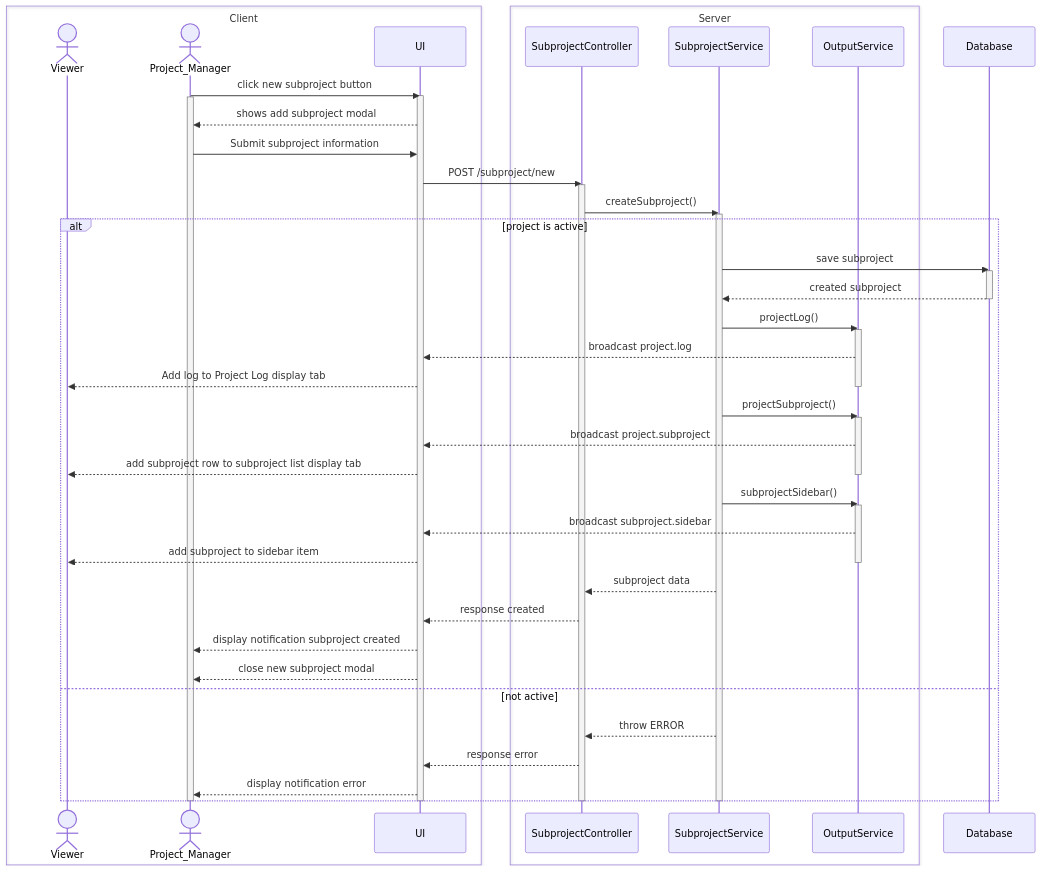
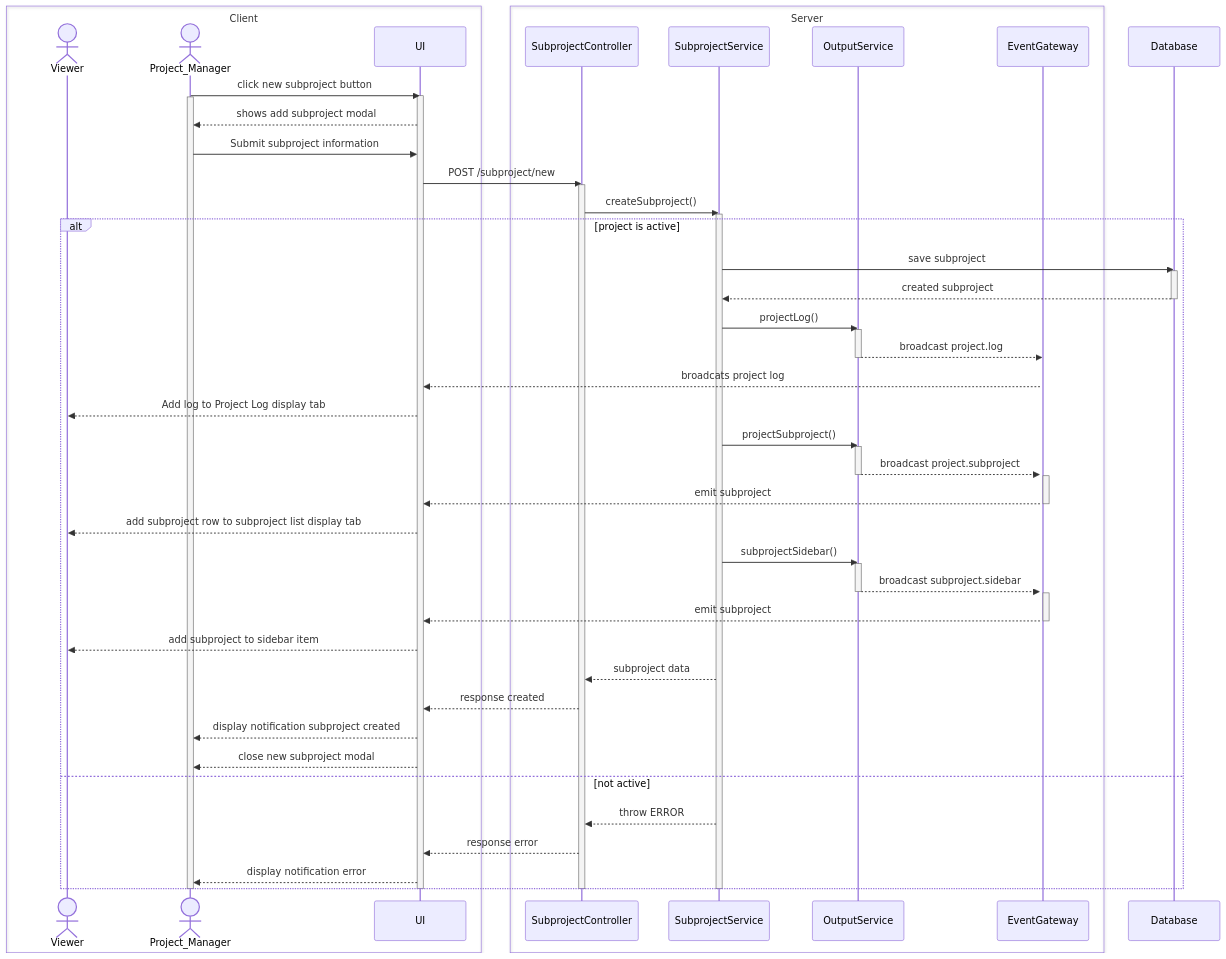
One commit to williamkmp/sectask-docs changed the diagram in sequence-diagram/create-subproject.md. Above: the diagram before and after it, drawn with Mermaid. The commit also changed 1 other file, not shown here.

Commit message:
fix: event gateway

```diff
--- a/sequence-diagram/create-subproject.md
+++ b/sequence-diagram/create-subproject.md
@@ -14,6 +14,7 @@
         participant SubprojectController
         participant SubprojectService
         participant OutputService
+        participant EventGateway
         end
 
         participant Database
@@ -40,21 +41,29 @@
 
                             SubprojectService->>OutputService: projectLog()
                             activate OutputService
-                            OutputService-->>UI: broadcast project.log
+                            OutputService-->>EventGateway: broadcast project.log
+                            activate EventGateway
+                            deactivate OutputService
+                            EventGateway-->>UI: broadcats project log
                             UI-->>Viewer: Add log to Project Log display tab
-                            deactivate OutputService
 
                             SubprojectService->>OutputService: projectSubproject()
                             activate OutputService
-                            OutputService-->>UI: broadcast project.subproject
+                            OutputService-->>EventGateway: broadcast project.subproject
+                            activate EventGateway
+                            deactivate OutputService
+                            EventGateway-->>UI: emit subproject
+                            deactivate EventGateway
                             UI-->>Viewer: add subproject row to subproject list display tab 
-                            deactivate OutputService
 
                             SubprojectService->>OutputService: subprojectSidebar()
                             activate OutputService
-                            OutputService-->>UI: broadcast subproject.sidebar
+                            OutputService-->>EventGateway: broadcast subproject.sidebar
+                            activate EventGateway
+                            deactivate OutputService
+                            EventGateway-->>UI: emit subproject
+                            deactivate EventGateway
                             UI-->>Viewer: add subproject to sidebar item
-                            deactivate OutputService
 
                             SubprojectService-->>SubprojectController: subproject data
                             SubprojectController-->>UI: response created
```
